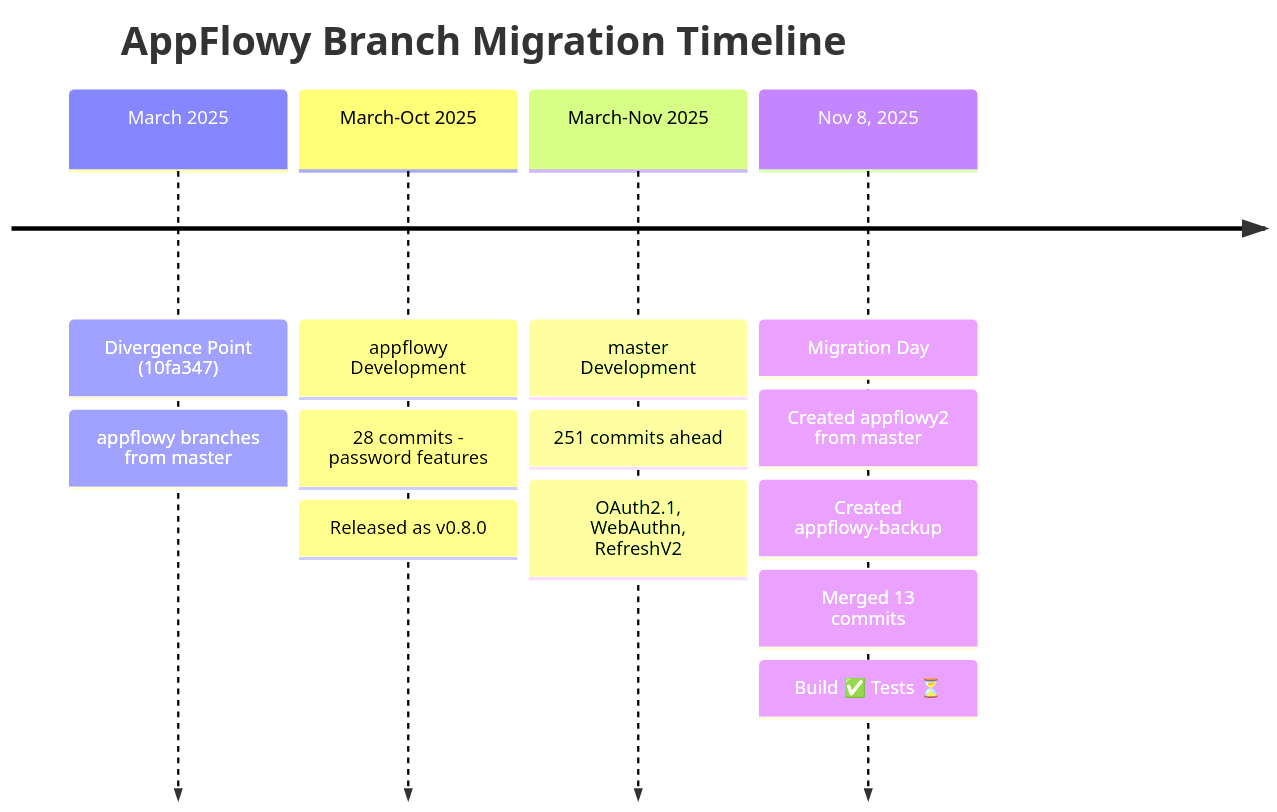
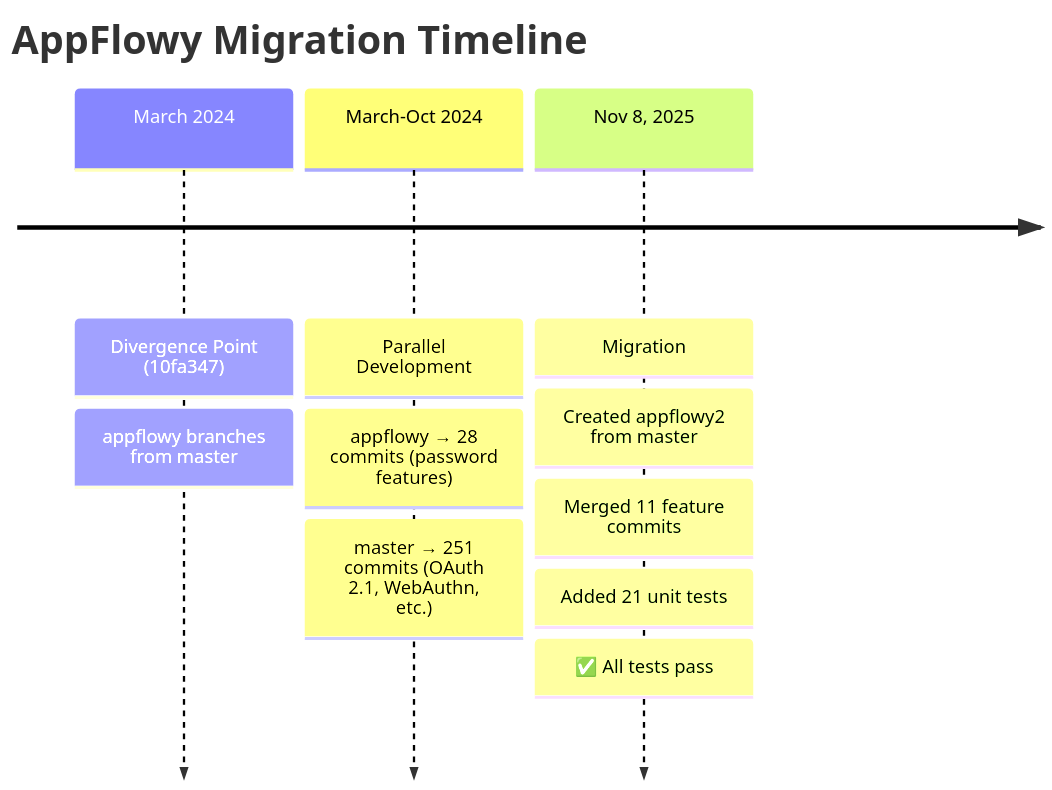
One commit to JonasMht/edelweiss-gotrue changed the first of 6 diagrams in appflowy/APPFLOWY_BRANCH_MIGRATION_HISTORY.md. Above: the diagram before and after it, drawn with Mermaid. The commit also changed other lines of this file and 5 other files, not shown here.

````diff
--- a/appflowy/APPFLOWY_BRANCH_MIGRATION_HISTORY.md
+++ b/appflowy/APPFLOWY_BRANCH_MIGRATION_HISTORY.md
@@ -47,21 +19,17 @@
 ```mermaid
 timeline
-    title AppFlowy Branch Migration Timeline
+    title AppFlowy Migration Timeline
 
-    March 2025 : Divergence Point (10fa347)
+    March 2024 : Divergence Point (10fa347)
                : appflowy branches from master
 
-    March-Oct 2025 : appflowy Development
-                   : 28 commits - password features
-                   : Released as v0.8.0
+    March-Oct 2024 : Parallel Development
+                   : appflowy → 28 commits (password features)
+                   : master → 251 commits (OAuth 2.1, WebAuthn, etc.)
 
-    March-Nov 2025 : master Development
-                   : 251 commits ahead
-                   : OAuth2.1, WebAuthn, RefreshV2
-
-    Nov 8, 2025 : Migration Day
+    Nov 8, 2025 : Migration
                 : Created appflowy2 from master
-                : Created appflowy-backup
-                : Merged 13 commits
-                : Build ✅ Tests ⏳
+                : Merged 11 feature commits
+                : Added 21 unit tests
+                : ✅ All tests pass
 ```
````
